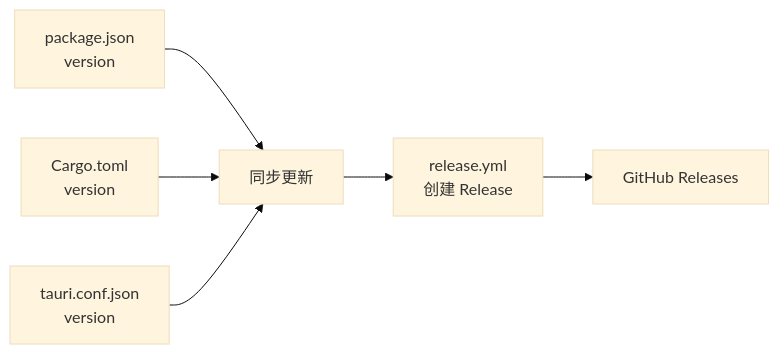
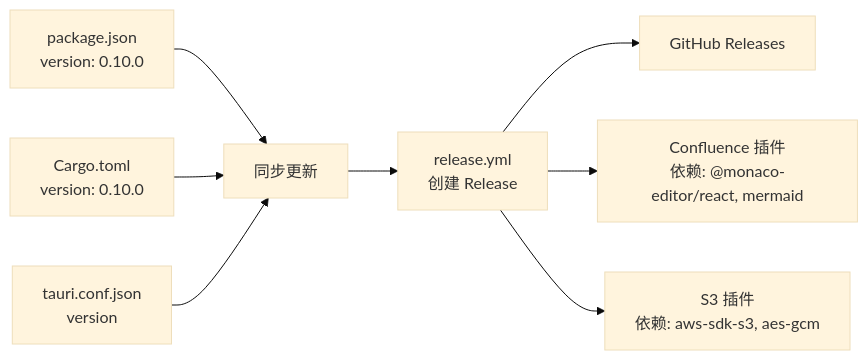
Before and after one commit to DumKing/DevNexus: the fifth of 5 diagrams in .qoder/repowiki/zh/content/版本发布.md, drawn with Mermaid (base theme). The commit also changed other lines of this file and 80 other files, not shown here.

````diff
--- a/.qoder/repowiki/zh/content/版本发布.md
+++ b/.qoder/repowiki/zh/content/版本发布.md
@@ -258,8 +359,10 @@
 ```mermaid
 graph LR
-P["package.json<br/>version"] --> Sync["同步更新"]
-C["Cargo.toml<br/>version"] --> Sync
+P["package.json<br/>version: 0.10.0"] --> Sync["同步更新"]
+C["Cargo.toml<br/>version: 0.10.0"] --> Sync
 T["tauri.conf.json<br/>version"] --> Sync
 Sync --> W["release.yml<br/>创建 Release"]
 W --> R["GitHub Releases"]
+W --> CF["Confluence 插件<br/>依赖: @monaco-editor/react, mermaid"]
+W --> S3["S3 插件<br/>依赖: aws-sdk-s3, aes-gcm"]
 ```
````
